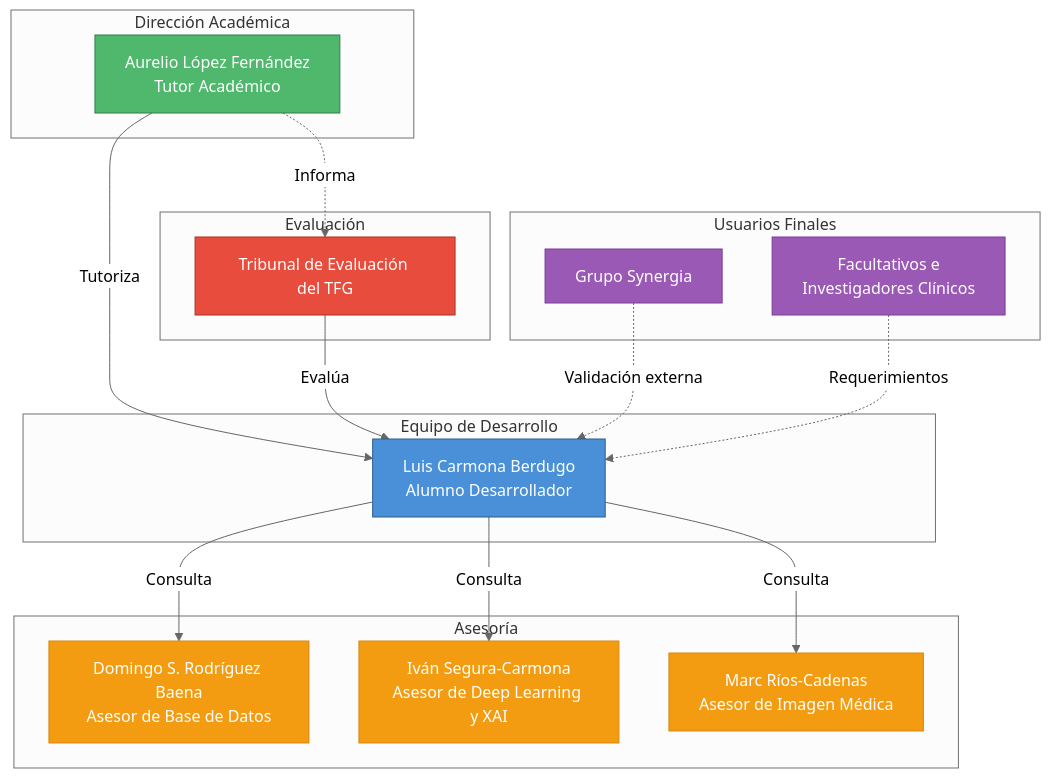
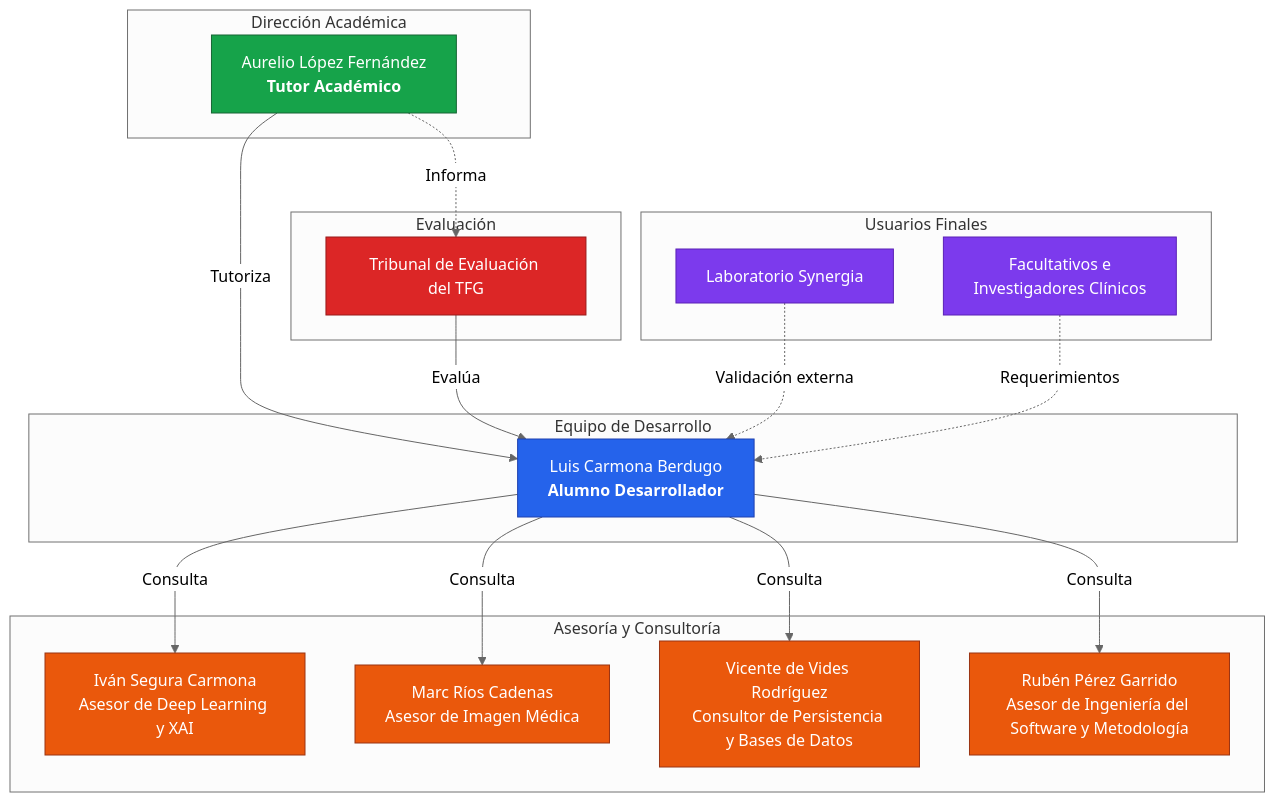
One commit to eLeCe2611/vitalXAI changed the diagram in Documentacion/Capitulo3_Organizacion_del_Proyecto.md. Above: the diagram before and after it, drawn with Mermaid (neutral theme). The commit also changed other lines of this file and 11 other files, not shown here.

````diff
--- a/Documentacion/Capitulo3_Organizacion_del_Proyecto.md
+++ b/Documentacion/Capitulo3_Organizacion_del_Proyecto.md
@@ -7,43 +9,46 @@
 ```mermaid
 graph TB
-    subgraph "Dirección Académica"
-        ALF[Aurelio López Fernández<br/>Tutor Académico]
+    subgraph Direccion["Dirección Académica"]
+        ALF[Aurelio López Fernández<br/><b>Tutor Académico</b>]
     end
-    
-    subgraph "Equipo de Desarrollo"
-        LCB[Luis Carmona Berdugo<br/>Alumno Desarrollador]
+
+    subgraph Equipo["Equipo de Desarrollo"]
+        LCB[Luis Carmona Berdugo<br/><b>Alumno Desarrollador</b>]
     end
-    
-    subgraph "Asesoría"
-        DSRB[Domingo S. Rodríguez Baena<br/>Asesor de Base de Datos]
-        ISC[Iván Segura-Carmona<br/>Asesor de Deep Learning y XAI]
-        MRC[Marc Ríos-Cadenas<br/>Asesor de Imagen Médica]
+
+    subgraph Asesoria["Asesoría y Consultoría"]
+        ISC[Iván Segura Carmona<br/>Asesor de Deep Learning y XAI]
+        MRC[Marc Ríos Cadenas<br/>Asesor de Imagen Médica]
+        VVR[Vicente de Vides Rodríguez<br/>Consultor de Persistencia y Bases de Datos]
+        RPG[Rubén Pérez Garrido<br/>Asesor de Ingeniería del Software y Metodología]
     end
-    
-    subgraph "Evaluación"
+
+    subgraph Evaluacion["Evaluación"]
         TTFG[Tribunal de Evaluación del TFG]
     end
-    
-    subgraph "Usuarios Finales"
-        GS[Grupo Synergia]
+
+    subgraph Usuarios["Usuarios Finales"]
+        LS[Laboratorio Synergia]
         FIC[Facultativos e<br/>Investigadores Clínicos]
     end
-    
+
     ALF -->|Tutoriza| LCB
-    LCB -->|Consulta| DSRB
     LCB -->|Consulta| ISC
     LCB -->|Consulta| MRC
+    LCB -->|Consulta| VVR
+    LCB -->|Consulta| RPG
+    ALF -.->|Informa| TTFG
     TTFG -->|Evalúa| LCB
-    GS -.->|Validación externa| LCB
+    LS -.->|Validación externa| LCB
     FIC -.->|Requerimientos| LCB
-    ALF -.->|Informa| TTFG
-    
-    style LCB fill:#4A90D9,color:#fff,stroke:#2C5F8A
-    style ALF fill:#50B86C,color:#fff,stroke:#2E7D4F
-    style TTFG fill:#E74C3C,color:#fff,stroke:#A93226
-    style DSRB fill:#F39C12,color:#fff,stroke:#D68910
-    style ISC fill:#F39C12,color:#fff,stroke:#D68910
-    style MRC fill:#F39C12,color:#fff,stroke:#D68910
-    style GS fill:#9B59B6,color:#fff,stroke:#7D3C98
-    style FIC fill:#9B59B6,color:#fff,stroke:#7D3C98
+
+    style LCB fill:#2563EB,color:#fff,stroke:#1E40AF
+    style ALF fill:#16A34A,color:#fff,stroke:#166534
+    style TTFG fill:#DC2626,color:#fff,stroke:#991B1B
+    style ISC fill:#EA580C,color:#fff,stroke:#9A3412
+    style MRC fill:#EA580C,color:#fff,stroke:#9A3412
+    style VVR fill:#EA580C,color:#fff,stroke:#9A3412
+    style RPG fill:#EA580C,color:#fff,stroke:#9A3412
+    style LS fill:#7C3AED,color:#fff,stroke:#5B21B6
+    style FIC fill:#7C3AED,color:#fff,stroke:#5B21B6
 ```
````
